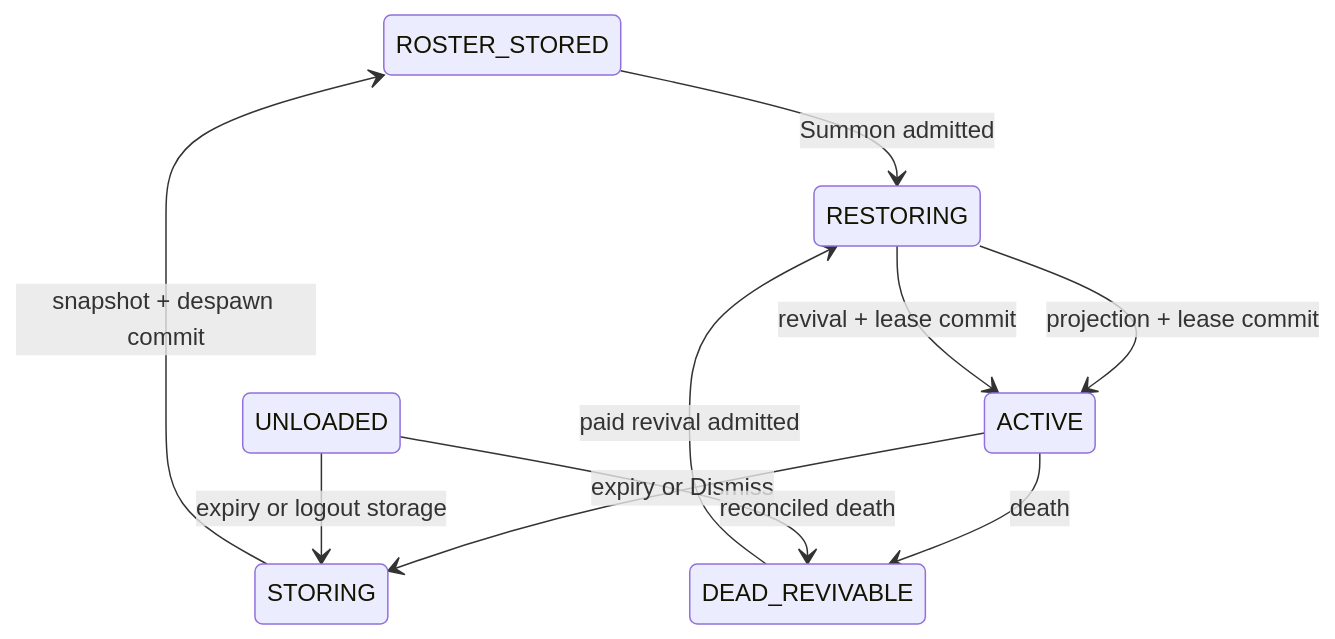
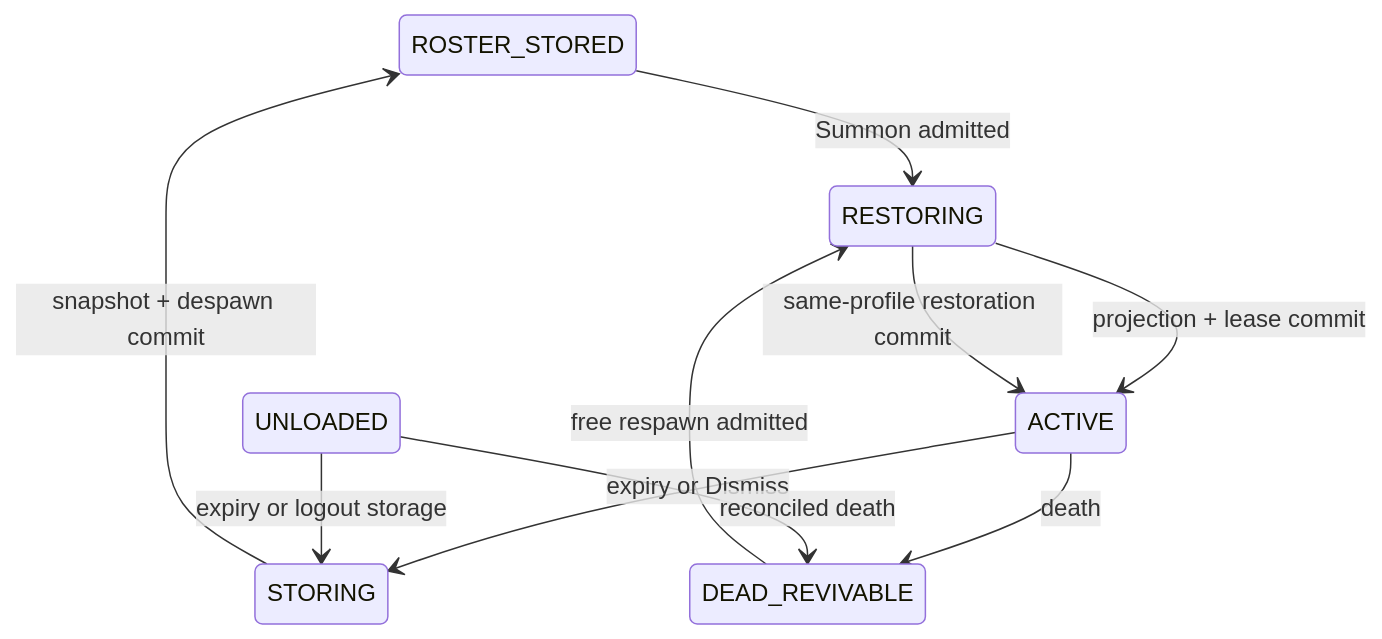
Before and after one commit to Alechilles/AlecsTamework: the diagram in docs/specs/hydragon/command-roster-capture-revival.md, drawn with Mermaid. The commit also changed other lines of this file and 137 other files, not shown here.

First line of the commit message:
Refactor: remove unreleased paid revival

````diff
--- a/docs/specs/hydragon/command-roster-capture-revival.md
+++ b/docs/specs/hydragon/command-roster-capture-revival.md
@@ -244,12 +248,12 @@
 ```mermaid
 stateDiagram-v2
     ROSTER_STORED --> RESTORING: Summon admitted
     RESTORING --> ACTIVE: projection + lease commit
     ACTIVE --> STORING: expiry or Dismiss
     UNLOADED --> STORING: expiry or logout storage
     STORING --> ROSTER_STORED: snapshot + despawn commit
     ACTIVE --> DEAD_REVIVABLE: death
     UNLOADED --> DEAD_REVIVABLE: reconciled death
-    DEAD_REVIVABLE --> RESTORING: paid revival admitted
-    RESTORING --> ACTIVE: revival + lease commit
+    DEAD_REVIVABLE --> RESTORING: free respawn admitted
+    RESTORING --> ACTIVE: same-profile restoration commit
 ```
````
